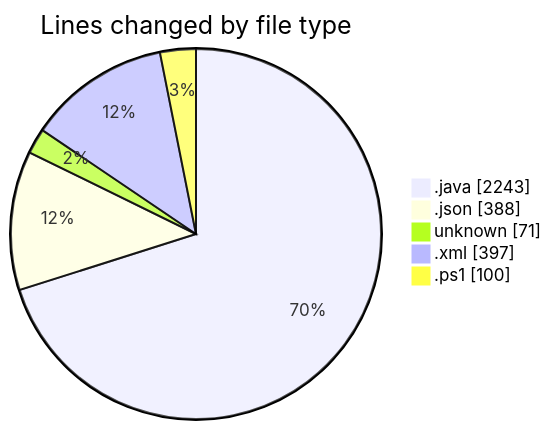
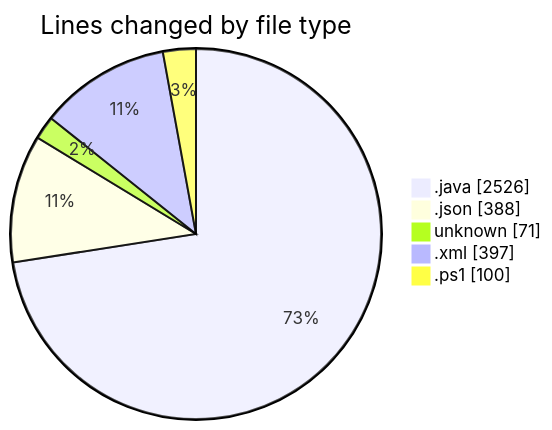
One commit to charlie-sans/code-tracking changed the first of 2 diagrams in 2025-02-25/micros/README.md. Above: the diagram before and after it, drawn with Mermaid. The commit also changed other lines of this file and 1 other file, not shown here.

````diff
--- a/2025-02-25/micros/README.md
+++ b/2025-02-25/micros/README.md
@@ -30,9 +31,9 @@
 ```mermaid
 pie showData
 title Lines changed by file type
-".java" : 2243
+".java" : 2526
 ".json" : 388
 "unknown" : 71
 ".xml" : 397
 ".ps1" : 100
 ```
````
